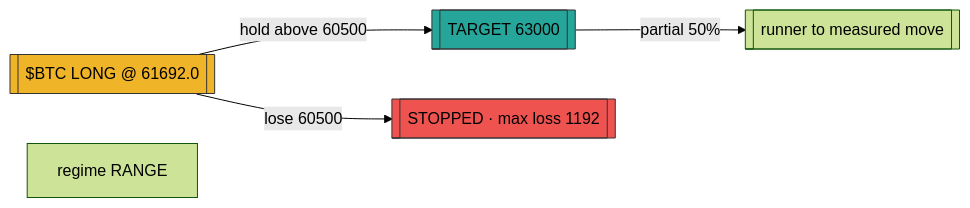
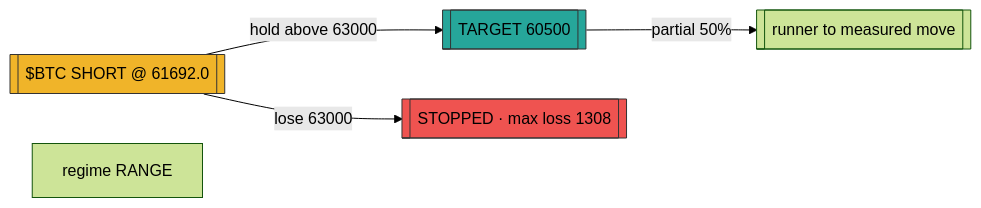
Before and after one commit to prx0r/BEAR: the diagram in astronomer/data/proveout_posts_astronomer_zero/2064488739460812978.mmd, drawn with Mermaid (forest theme). The commit also changed 407 other files, not shown here.

```diff
--- a/astronomer/data/proveout_posts_astronomer_zero/2064488739460812978.mmd
+++ b/astronomer/data/proveout_posts_astronomer_zero/2064488739460812978.mmd
@@ -1,9 +1,9 @@
 flowchart LR
-    sig[["$BTC LONG @ 61692.0"]]
-    sig -->|"hold above 60500"| tgt[["TARGET 63000"]]
-    sig -->|"lose 60500"| stp[["STOPPED · max loss 1192"]]
+    sig[["$BTC SHORT @ 61692.0"]]
+    sig -->|"hold above 63000"| tgt[["TARGET 60500"]]
+    sig -->|"lose 63000"| stp[["STOPPED · max loss 1308"]]
     tgt -->|"partial 50%"| t2[["runner to measured move"]]
     style sig fill:#f0b429,stroke:#333
     style tgt fill:#26a69a,stroke:#333
     style stp fill:#ef5350,stroke:#333
     sub["regime RANGE" ]
```
